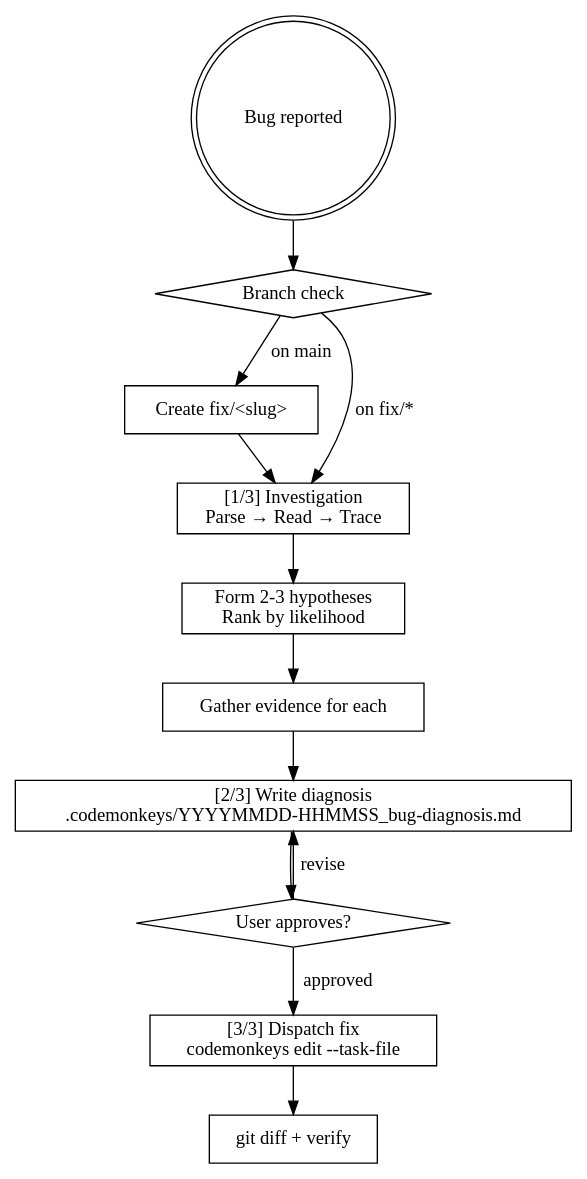
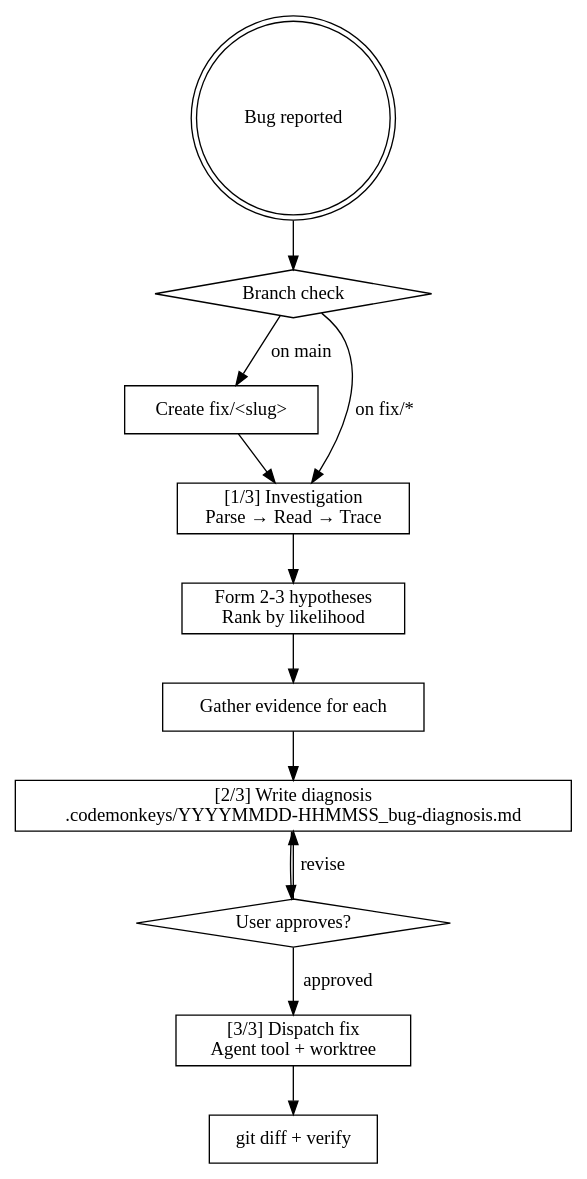
One commit to FlipYourBits/agentpipe changed the diagram in .claude/skills/codemonkeys-bugfix/SKILL.md. Above: the diagram before and after it, drawn with Graphviz. The commit also changed other lines of this file and 105 other files, not shown here.

````diff
--- a/.claude/skills/codemonkeys-bugfix/SKILL.md
+++ b/.claude/skills/codemonkeys-bugfix/SKILL.md
@@ -12,26 +12,26 @@
 ```dot
 digraph bugfix {
   rankdir=TB; node [shape=box];
   start [label="Bug reported" shape=doublecircle];
   branch [label="Branch check" shape=diamond];
   create [label="Create fix/<slug>"];
   investigate [label="[1/3] Investigation\nParse → Read → Trace"];
   hypotheses [label="Form 2-3 hypotheses\nRank by likelihood"];
   evidence [label="Gather evidence for each"];
   diagnose [label="[2/3] Write diagnosis\n.codemonkeys/YYYYMMDD-HHMMSS_bug-diagnosis.md"];
   gate [label="User approves?" shape=diamond];
-  fix [label="[3/3] Dispatch fix\ncodemonkeys edit --task-file"];
+  fix [label="[3/3] Dispatch fix\nAgent tool + worktree"];
   verify [label="git diff + verify"];
   start -> branch;
   branch -> create [label="on main"];
   branch -> investigate [label="on fix/*"];
   create -> investigate;
   investigate -> hypotheses;
   hypotheses -> evidence;
   evidence -> diagnose;
   diagnose -> gate;
   gate -> fix [label="approved"];
   gate -> diagnose [label="revise"];
   fix -> verify;
 }
 ```
````
